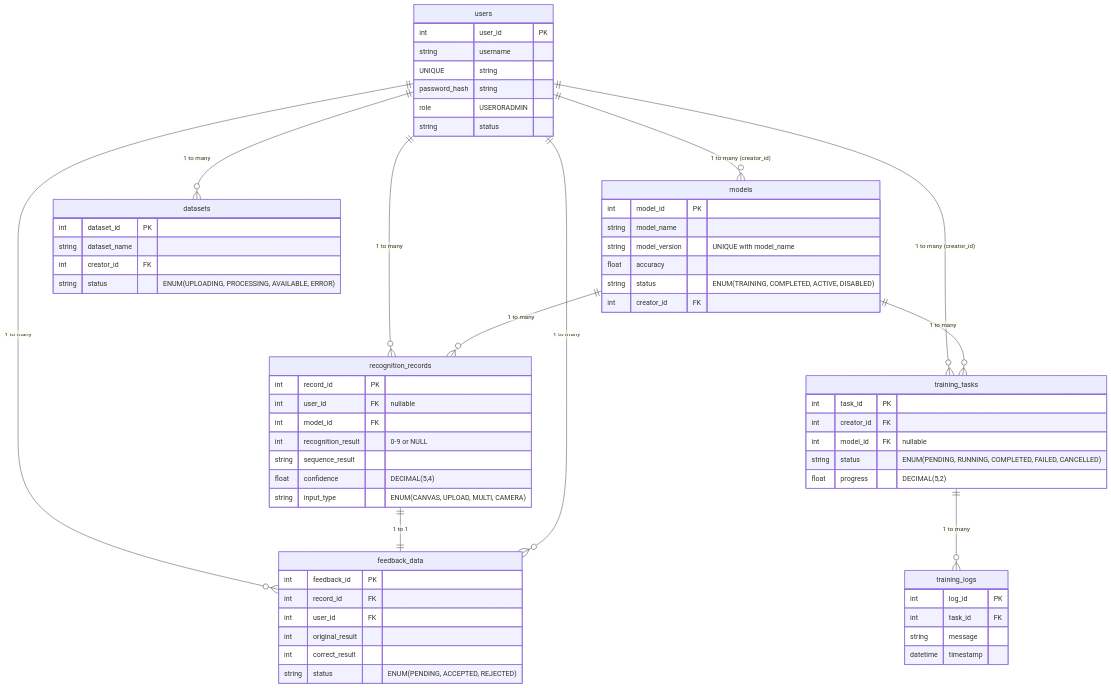
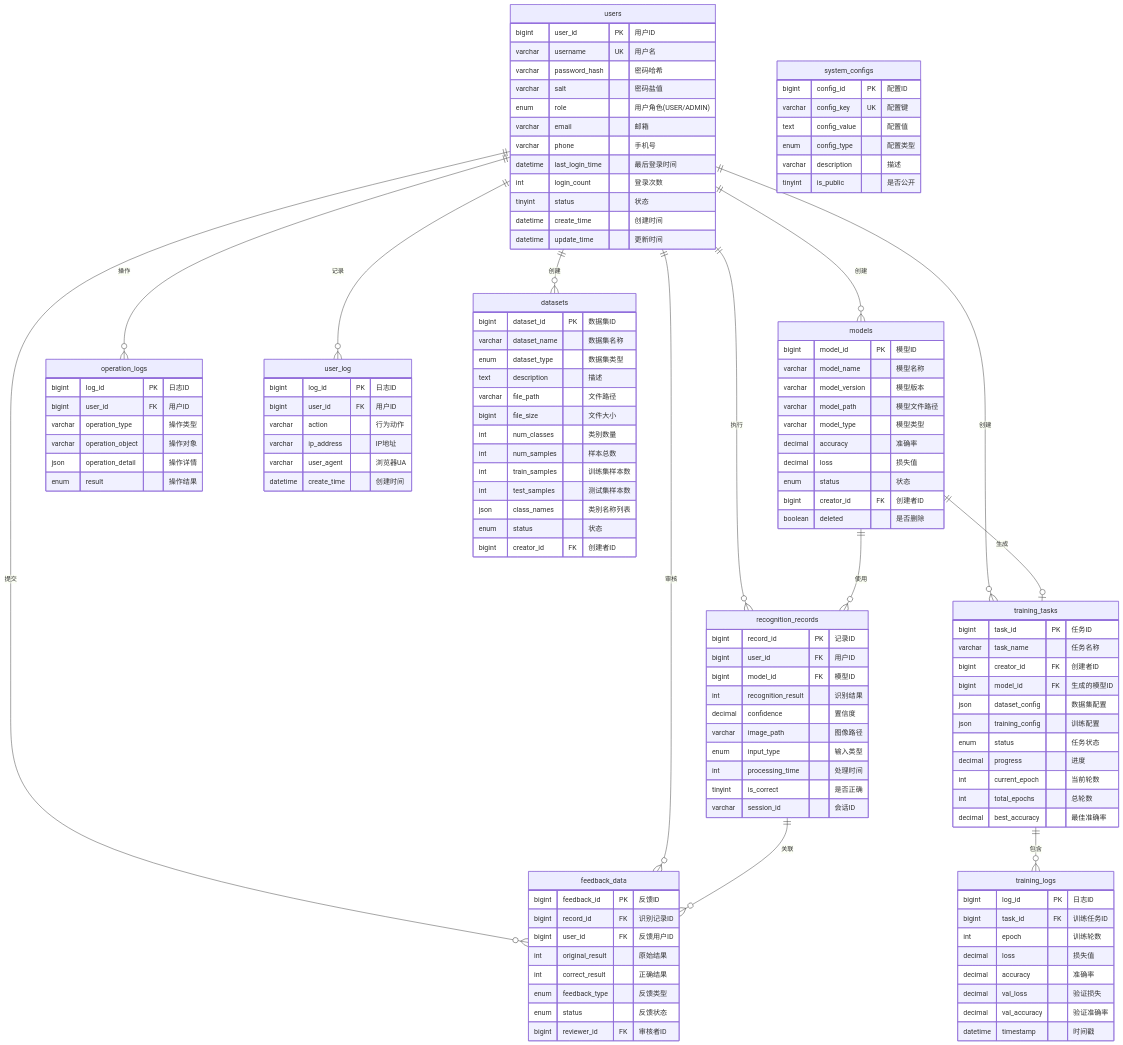
One commit to aurcode/ihdrs-backend changed diagram 21 of 21 in 智能手写数字识别系统详细设计说明书.md. Above: the diagram before and after it, drawn with Mermaid. The commit also changed other lines of this file and 10168 other files, not shown here.

````diff
--- a/智能手写数字识别系统详细设计说明书.md
+++ b/智能手写数字识别系统详细设计说明书.md
@@ -8990,90 +5692,138 @@
 ```mermaid
 erDiagram
-
-    %% =========================
-    %%        Tables
-    %% =========================
+    users ||--o{ models :  "创建"
+    users ||--o{ training_tasks : "创建"
+    users ||--o{ recognition_records : "执行"
+    users ||--o{ feedback_data : "提交"
+    users ||--o{ feedback_data : "审核"
+    users ||--o{ operation_logs : "操作"
+    users ||--o{ user_log :  "记录"
+    users ||--o{ datasets : "创建"
+    
+    models ||--o{ recognition_records : "使用"
+    models ||--o| training_tasks : "生成"
+    
+    training_tasks ||--o{ training_logs : "包含"
+    
+    recognition_records ||--o{ feedback_data : "关联"
 
     users {
-        int user_id PK
-        string username UNIQUE
-        string password_hash
-        string role USERORADMIN
-        string status
+        bigint user_id PK "用户ID"
+        varchar username UK "用户名"
+        varchar password_hash "密码哈希"
+        varchar salt "密码盐值"
+        enum role "用户角色(USER/ADMIN)"
+        varchar email "邮箱"
+        varchar phone "手机号"
+        datetime last_login_time "最后登录时间"
+        int login_count "登录次数"
+        tinyint status "状态"
+        datetime create_time "创建时间"
+        datetime update_time "更新时间"
+    }
+
+    datasets {
+        bigint dataset_id PK "数据集ID"
+        varchar dataset_name "数据集名称"
+        enum dataset_type "数据集类型"
+        text description "描述"
+        varchar file_path "文件路径"
+        bigint file_size "文件大小"
+        int num_classes "类别数量"
+        int num_samples "样本总数"
+        int train_samples "训练集样本数"
+        int test_samples "测试集样本数"
+        json class_names "类别名称列表"
+        enum status "状态"
+        bigint creator_id FK "创建者ID"
     }
 
     models {
-        int model_id PK
-        string model_name
-        string model_version "UNIQUE with model_name"
-        float accuracy
-        string status "ENUM(TRAINING, COMPLETED, ACTIVE, DISABLED)"
-        int creator_id FK
+        bigint model_id PK "模型ID"
+        varchar model_name "模型名称"
+        varchar model_version "模型版本"
+        varchar model_path "模型文件路径"
+        varchar model_type "模型类型"
+        decimal accuracy "准确率"
+        decimal loss "损失值"
+        enum status "状态"
+        bigint creator_id FK "创建者ID"
+        boolean deleted "是否删除"
     }
 
     recognition_records {
-        int record_id PK
-        int user_id FK "nullable"
-        int model_id FK
-        int recognition_result "0-9 or NULL"
-        string sequence_result
-        float confidence "DECIMAL(5,4)"
-        string input_type "ENUM(CANVAS, UPLOAD, MULTI, CAMERA)"
+        bigint record_id PK "记录ID"
+        bigint user_id FK "用户ID"
+        bigint model_id FK "模型ID"
+        int recognition_result "识别结果"
+        decimal confidence "置信度"
+        varchar image_path "图像路径"
+        enum input_type "输入类型"
+        int processing_time "处理时间"
+        tinyint is_correct "是否正确"
+        varchar session_id "会话ID"
+    }
+
+    training_tasks {
+        bigint task_id PK "任务ID"
+        varchar task_name "任务名称"
+        bigint creator_id FK "创建者ID"
+        bigint model_id FK "生成的模型ID"
+        json dataset_config "数据集配置"
+        json training_config "训练配置"
+        enum status "任务状态"
+        decimal progress "进度"
+        int current_epoch "当前轮数"
+        int total_epochs "总轮数"
+        decimal best_accuracy "最佳准确率"
+    }
+
+    training_logs {
+        bigint log_id PK "日志ID"
+        bigint task_id FK "训练任务ID"
+        int epoch "训练轮数"
+        decimal loss "损失值"
+        decimal accuracy "准确率"
+        decimal val_loss "验证损失"
+        decimal val_accuracy "验证准确率"
+        datetime timestamp "时间戳"
     }
 
     feedback_data {
-        int feedback_id PK
-        int record_id FK
-        int user_id FK
-        int original_result
-        int correct_result
-        string status "ENUM(PENDING, ACCEPTED, REJECTED)"
+        bigint feedback_id PK "反馈ID"
+        bigint record_id FK "识别记录ID"
+        bigint user_id FK "反馈用户ID"
+        int original_result "原始结果"
+        int correct_result "正确结果"
+        enum feedback_type "反馈类型"
+        enum status "反馈状态"
+        bigint reviewer_id FK "审核者ID"
     }
 
-    training_tasks {
-        int task_id PK
-        int creator_id FK
-        int model_id FK "nullable"
-        string status "ENUM(PENDING, RUNNING, COMPLETED, FAILED, CANCELLED)"
-        float progress "DECIMAL(5,2)"
+    user_log {
+        bigint log_id PK "日志ID"
+        bigint user_id FK "用户ID"
+        varchar action "行为动作"
+        varchar ip_address "IP地址"
+        varchar user_agent "浏览器UA"
+        datetime create_time "创建时间"
     }
 
-    training_logs {
-        int log_id PK
-        int task_id FK
-        string message
-        datetime timestamp
+    operation_logs {
+        bigint log_id PK "日志ID"
+        bigint user_id FK "用户ID"
+        varchar operation_type "操作类型"
+        varchar operation_object "操作对象"
+        json operation_detail "操作详情"
+        enum result "操作结果"
     }
 
-    datasets {
-        int dataset_id PK
-        string dataset_name
-        int creator_id FK
-        string status "ENUM(UPLOADING, PROCESSING, AVAILABLE, ERROR)"
+    system_configs {
+        bigint config_id PK "配置ID"
+        varchar config_key UK "配置键"
+        text config_value "配置值"
+        enum config_type "配置类型"
+        varchar description "描述"
+        tinyint is_public "是否公开"
     }
-
-
-    %% =========================
-    %%     Relationships
-    %% =========================
-
-    %% users relationships
-    users ||--o{ models : "1 to many (creator_id)"
-    users ||--o{ recognition_records : "1 to many"
-    users ||--o{ feedback_data : "1 to many"
-    users ||--o{ training_tasks : "1 to many (creator_id)"
-    users ||--o{ datasets : "1 to many"
-
-    %% models relationships
-    models ||--o{ recognition_records : "1 to many"
-    models ||--o{ training_tasks : "1 to many"
-
-    %% recognition_records relationships
-    recognition_records ||--|| feedback_data : "1 to 1"
-
-    %% feedback relationships
-    feedback_data }o--|| users : "1 to many"
-
-    %% training logs
-    training_tasks ||--o{ training_logs : "1 to many"
 ```
````
